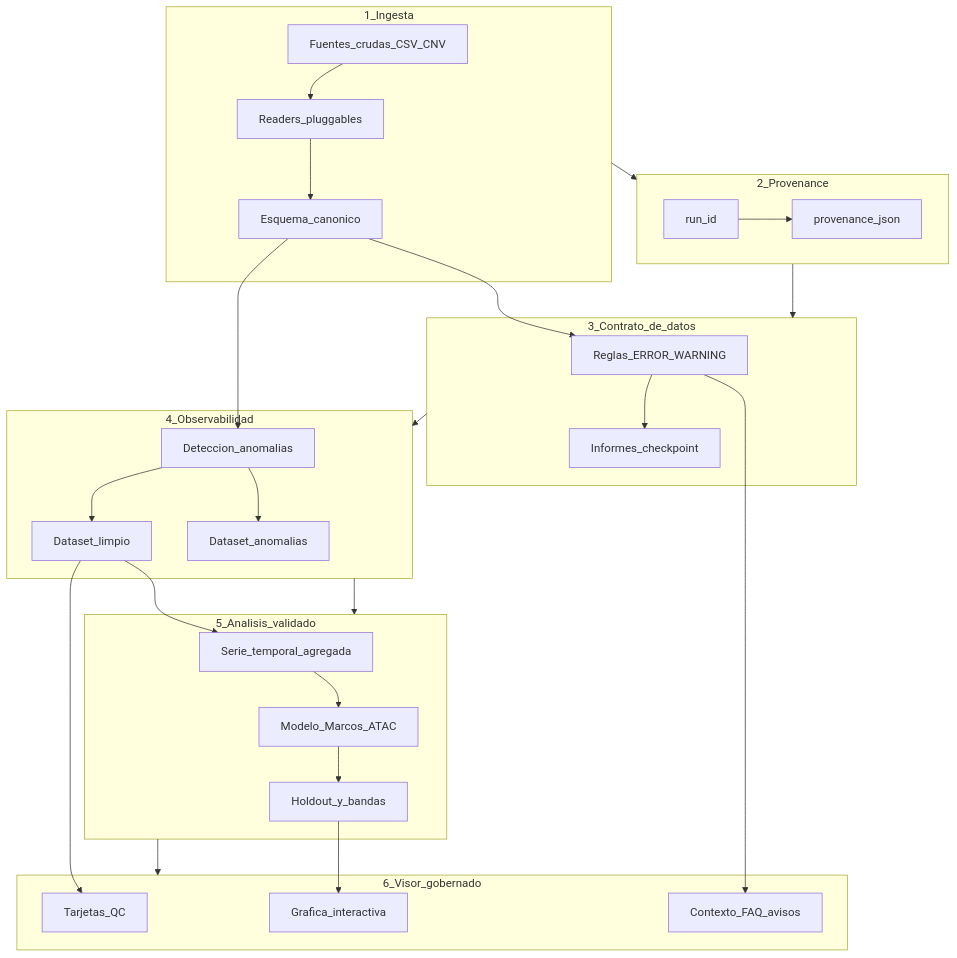
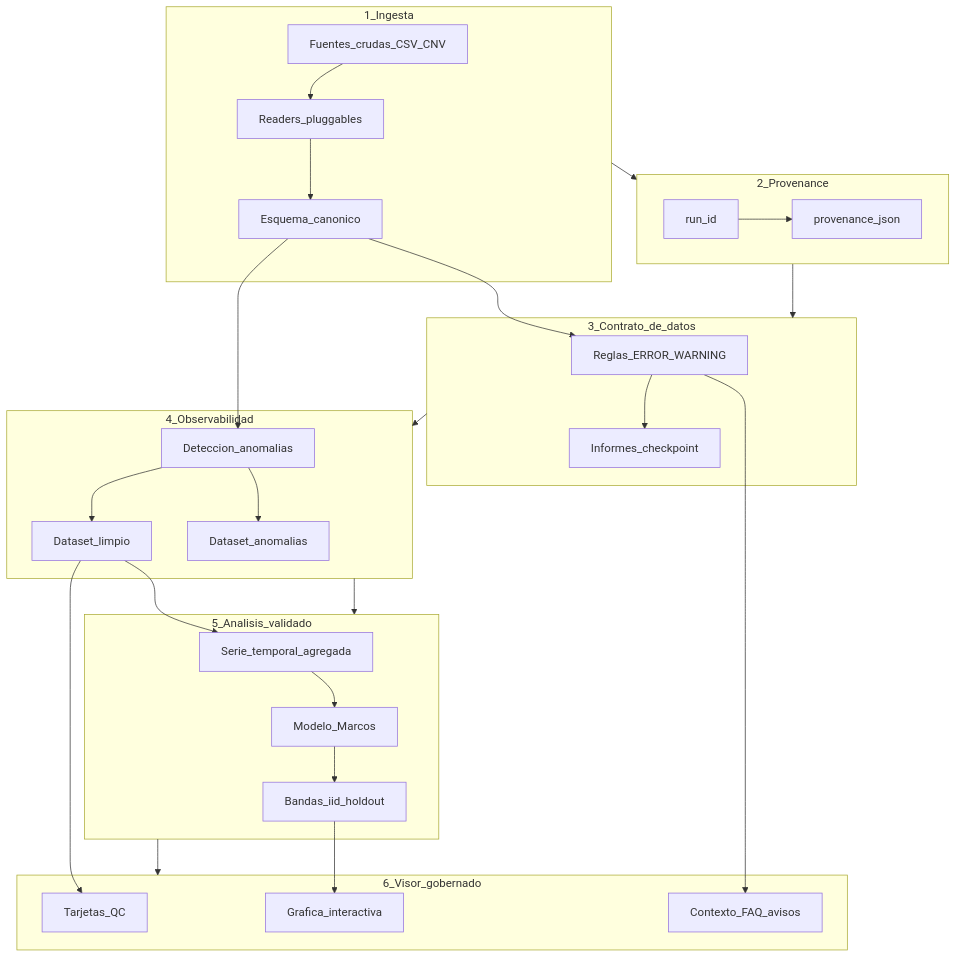
Before and after one commit to lobatojorge/PoC-Machine-Learning: the diagram in docs/arquitectura_validacion_datos.md, drawn with Mermaid. The commit also changed other lines of this file and 50 other files, not shown here.

First line of the commit message:
feat: pipeline CNV-only, Marcos iid y limpieza de legado

````diff
--- a/docs/arquitectura_validacion_datos.md
+++ b/docs/arquitectura_validacion_datos.md
@@ -20,52 +20,52 @@
 ```mermaid
 flowchart TB
   subgraph ingest [1_Ingesta]
     RAW[Fuentes_crudas_CSV_CNV]
     READ[Readers_pluggables]
     CAN[Esquema_canonico]
     RAW --> READ --> CAN
   end
 
   subgraph prov [2_Provenance]
     RUN[run_id]
     META[provenance_json]
     RUN --> META
   end
 
   subgraph qc [3_Contrato_de_datos]
     VAL[Reglas_ERROR_WARNING]
     RPT[Informes_checkpoint]
     CAN --> VAL --> RPT
   end
 
   subgraph obs [4_Observabilidad]
     IF[Deteccion_anomalias]
     CLEAN[Dataset_limpio]
     ANOM[Dataset_anomalias]
     CAN --> IF
     IF --> CLEAN
     IF --> ANOM
   end
 
   subgraph anal [5_Analisis_validado]
     SER[Serie_temporal_agregada]
-    MOD[Modelo_Marcos_ATAC]
-    HOLD[Holdout_y_bandas]
+    MOD[Modelo_Marcos]
+    HOLD[Bandas_iid_holdout]
     CLEAN --> SER --> MOD --> HOLD
   end
 
   subgraph ui [6_Visor_gobernado]
     CARDS[Tarjetas_QC]
     CHART[Grafica_interactiva]
     FAQ[Contexto_FAQ_avisos]
     CLEAN --> CARDS
     HOLD --> CHART
     VAL --> FAQ
   end
 
   ingest --> prov
   prov --> qc
   qc --> obs
   obs --> anal
   anal --> ui
 ```
````
